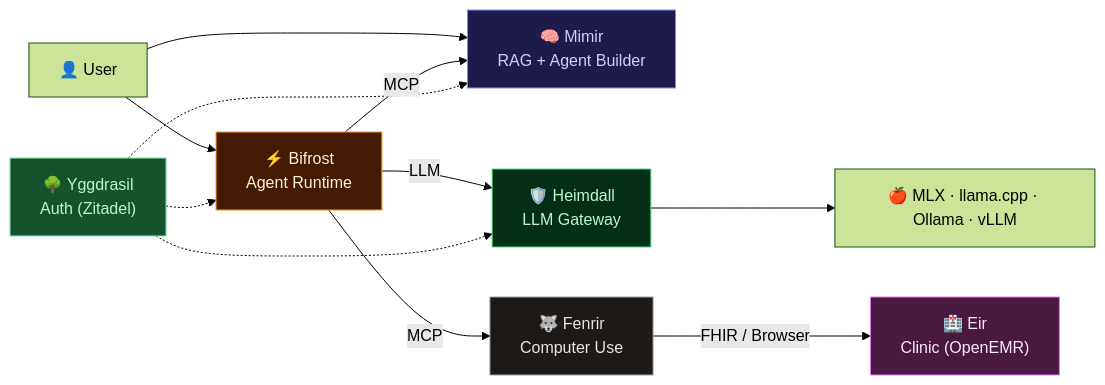
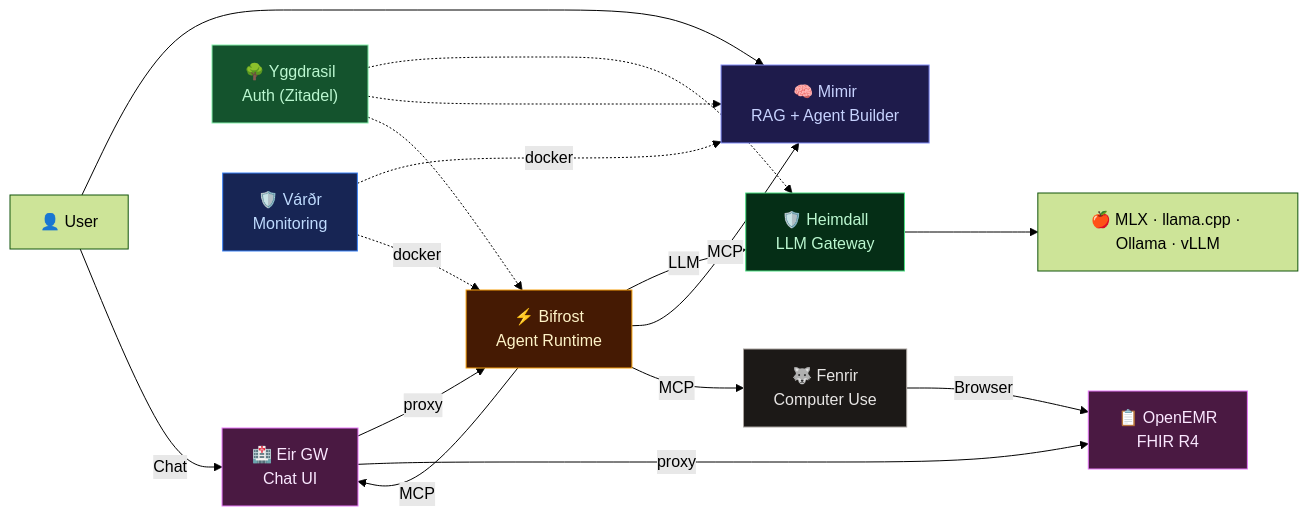
One commit to MegaWiz-Dev-Team/Asgard changed the diagram in README.md. Above: the diagram before and after it, drawn with Mermaid (forest theme). The commit also changed other lines of this file and 28 other files, not shown here.

````diff
--- a/README.md
+++ b/README.md
@@ -17,24 +17,32 @@
 ```mermaid
 graph LR
     User["👤 User"] --> Mimir["🧠 Mimir<br/>RAG + Agent Builder"]
-    User --> Bifrost["⚡ Bifrost<br/>Agent Runtime"]
+    User --> |"Chat"| EirGW["🏥 Eir GW<br/>Chat UI"]
 
+    EirGW --> |"proxy"| Bifrost["⚡ Bifrost<br/>Agent Runtime"]
     Bifrost --> |"LLM"| Heimdall["🛡️ Heimdall<br/>LLM Gateway"]
     Bifrost --> |"MCP"| Mimir
     Bifrost --> |"MCP"| Fenrir["🐺 Fenrir<br/>Computer Use"]
+    Bifrost --> |"MCP"| EirGW
 
-    Fenrir --> |"FHIR / Browser"| Eir["🏥 Eir<br/>Clinic (OpenEMR)"]
+    EirGW --> |"proxy"| Eir["📋 OpenEMR<br/>FHIR R4"]
+    Fenrir --> |"Browser"| Eir
 
     Heimdall --> LLM["🍎 MLX · llama.cpp · Ollama · vLLM"]
 
     Yggdrasil["🌳 Yggdrasil<br/>Auth (Zitadel)"] -.-> Heimdall
     Yggdrasil -.-> Mimir
     Yggdrasil -.-> Bifrost
 
+    Vardr["🛡️ Várðr<br/>Monitoring"] -.-> |"docker"| Mimir
+    Vardr -.-> |"docker"| Bifrost
+
     style Mimir fill:#1e1b4b,stroke:#818cf8,color:#c7d2fe
     style Bifrost fill:#451a03,stroke:#f59e0b,color:#fef3c7
     style Heimdall fill:#052e16,stroke:#4ade80,color:#bbf7d0
     style Fenrir fill:#1c1917,stroke:#a8a29e,color:#e7e5e4
     style Eir fill:#4a1942,stroke:#e879f9,color:#fae8ff
+    style EirGW fill:#4a1942,stroke:#e879f9,color:#fae8ff
     style Yggdrasil fill:#14532d,stroke:#86efac,color:#bbf7d0
+    style Vardr fill:#172554,stroke:#3b82f6,color:#bfdbfe
 ```
````
